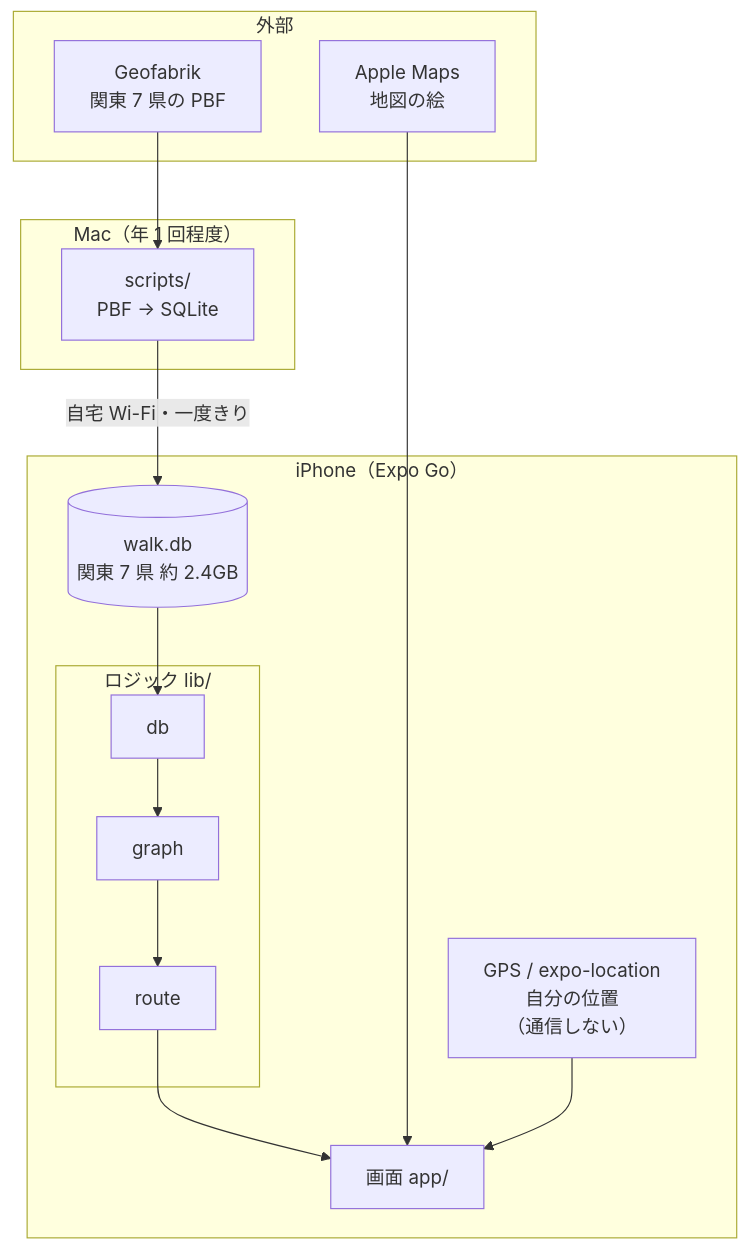
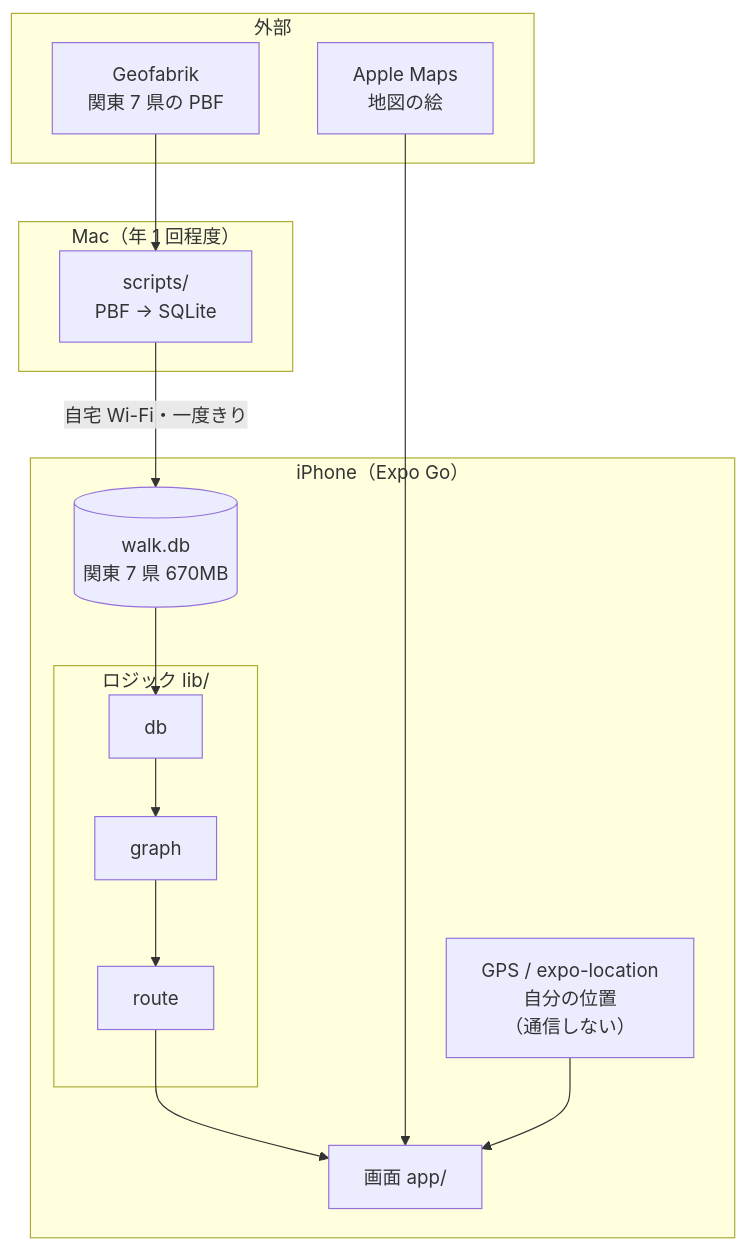
The first of 2 diagrams in docs/design.md (youngsend/walk-app), drawn with Mermaid before and after one commit. The commit also changed other lines of this file and 13 other files, not shown here.

````diff
--- a/docs/design.md
+++ b/docs/design.md
@@ -32,28 +32,28 @@
 ```mermaid
 flowchart TB
     subgraph outside["外部"]
         GF["Geofabrik<br/>関東 7 県の PBF"]
         AM["Apple Maps<br/>地図の絵"]
     end
 
     subgraph mac["Mac（年 1 回程度）"]
         PRE["scripts/<br/>PBF → SQLite"]
     end
 
     subgraph app["iPhone（Expo Go）"]
         GPS["GPS / expo-location<br/>自分の位置<br/>（通信しない）"]
         SCR["画面 app/"]
         subgraph logic["ロジック lib/"]
             DB["db"]
             GR["graph"]
             RT["route"]
         end
-        SQL[("walk.db<br/>関東 7 県 約 2.4GB")]
+        SQL[("walk.db<br/>関東 7 県 670MB")]
     end
 
     GF --> PRE
     PRE -->|自宅 Wi-Fi・一度きり| SQL
     SQL --> DB --> GR --> RT --> SCR
     AM --> SCR
     GPS --> SCR
 ```
````
